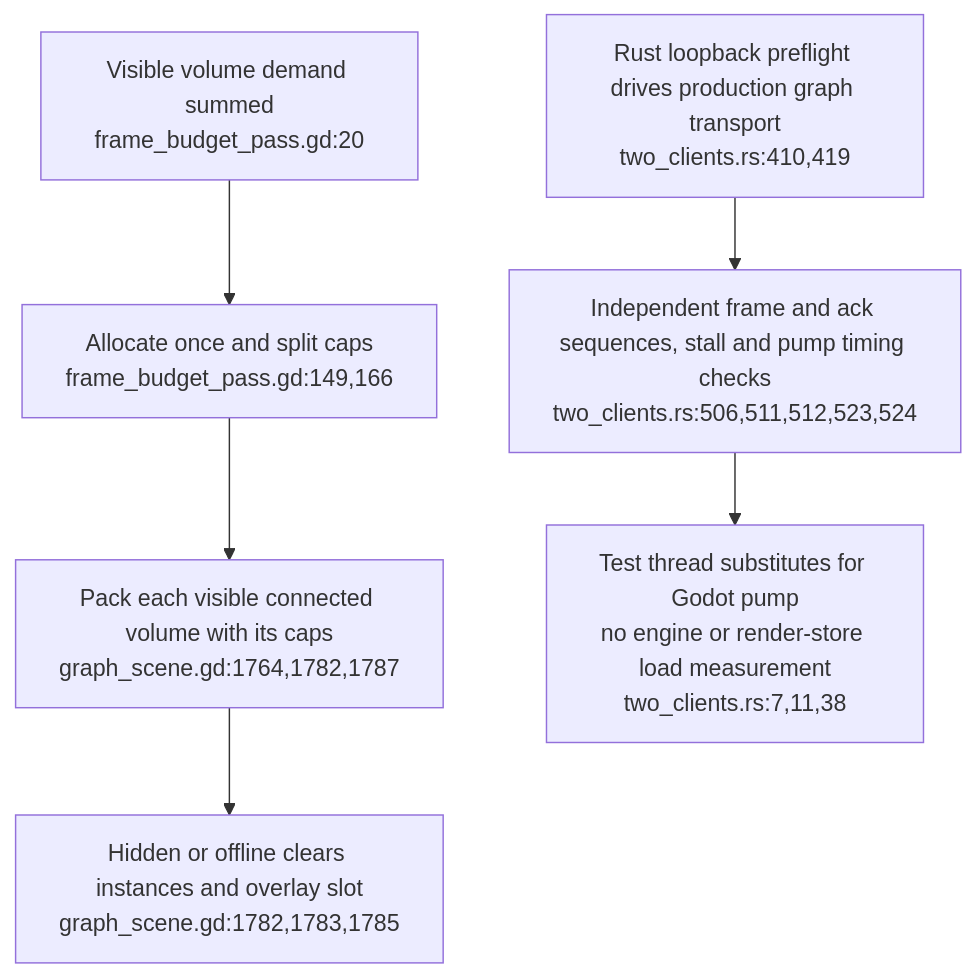
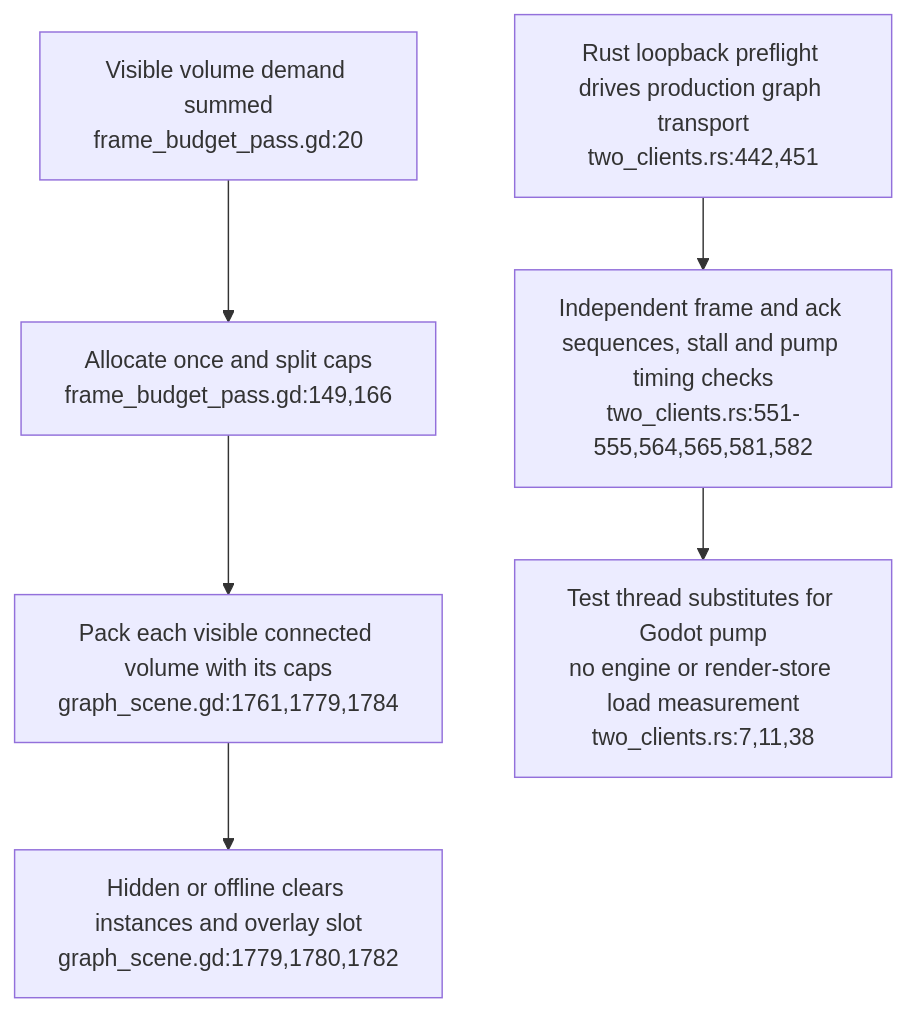
One commit to DreamLab-AI/VisionFlow changed the third of 4 diagrams in docs/diagrams/visionclaw/44-xr-concurrent-backend-connections.md. Above: the diagram before and after it, drawn with Mermaid. The commit also changed other lines of this file and 24 other files, not shown here.

Commit message:
docs: align XR liveness, filtering and rendering diagrams (#33)

````diff
--- a/docs/diagrams/visionclaw/44-xr-concurrent-backend-connections.md
+++ b/docs/diagrams/visionclaw/44-xr-concurrent-backend-connections.md
@@ -67,8 +70,8 @@
 ```mermaid
 flowchart TD
     VIS["Visible volume demand summed<br/>frame_budget_pass.gd:20"] --> BUD["Allocate once and split caps<br/>frame_budget_pass.gd:149,166"]
-    BUD --> PACK["Pack each visible connected volume with its caps<br/>graph_scene.gd:1764,1782,1787"]
-    PACK --> HIDE["Hidden or offline clears instances and overlay slot<br/>graph_scene.gd:1782,1783,1785"]
-    PRE["Rust loopback preflight drives production graph transport<br/>two_clients.rs:410,419"] --> ACK["Independent frame and ack sequences, stall and pump timing checks<br/>two_clients.rs:506,511,512,523,524"]
+    BUD --> PACK["Pack each visible connected volume with its caps<br/>graph_scene.gd:1761,1779,1784"]
+    PACK --> HIDE["Hidden or offline clears instances and overlay slot<br/>graph_scene.gd:1779,1780,1782"]
+    PRE["Rust loopback preflight drives production graph transport<br/>two_clients.rs:442,451"] --> ACK["Independent frame and ack sequences, stall and pump timing checks<br/>two_clients.rs:551-555,564,565,581,582"]
     ACK --> LIMIT["Test thread substitutes for Godot pump<br/>no engine or render-store load measurement<br/>two_clients.rs:7,11,38"]
 ```
````
